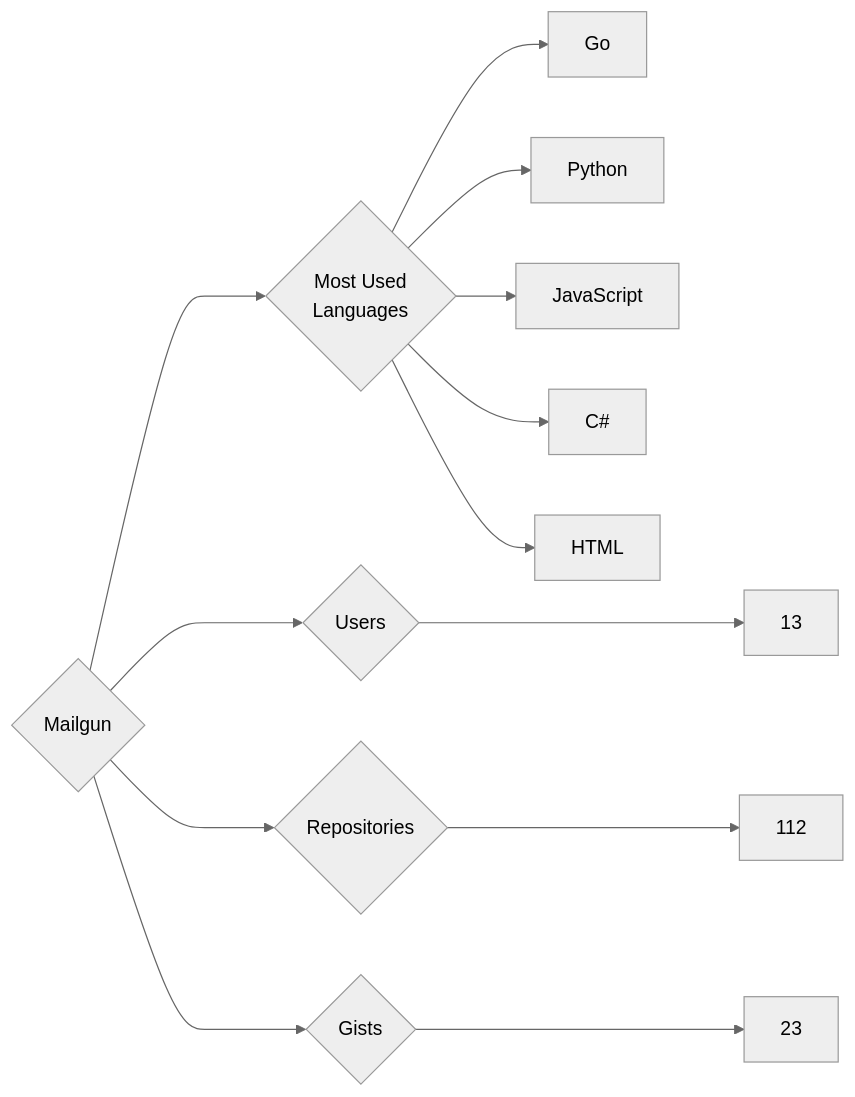
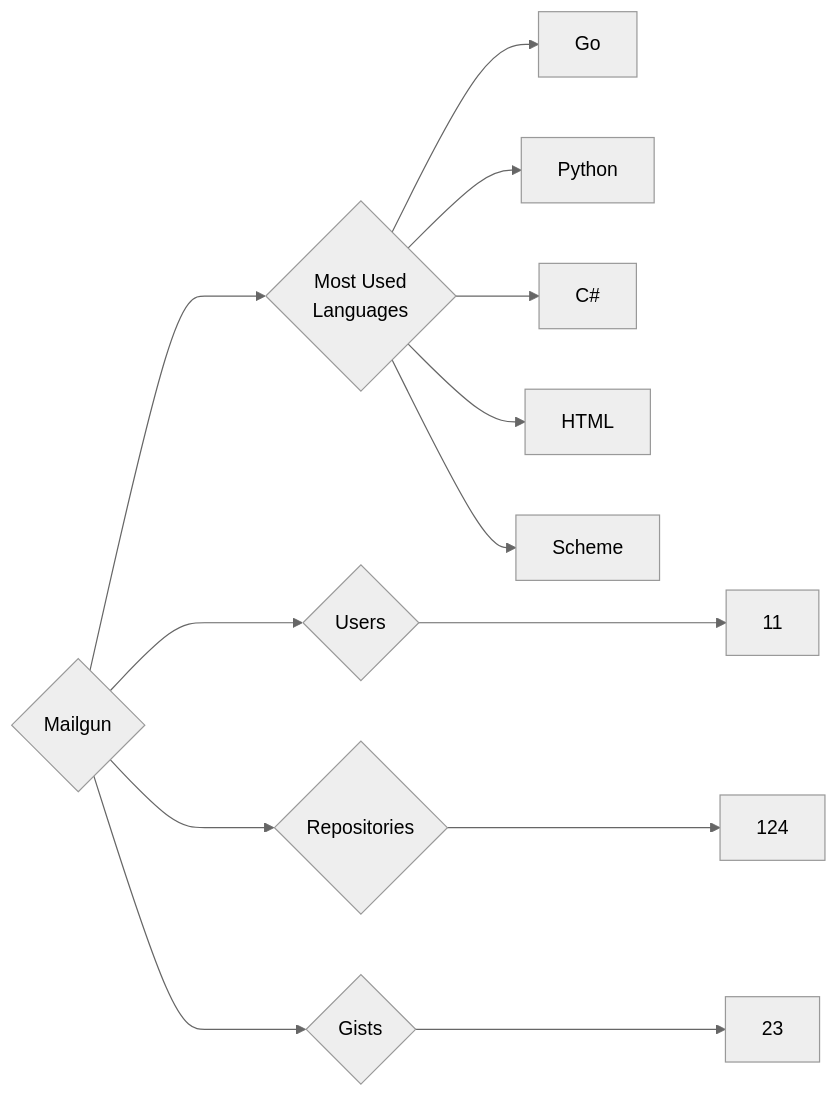
One commit to trickest/insiders changed the diagram in targets/Mailgun/README.md. Above: the diagram before and after it, drawn with Mermaid (neutral theme). The commit also changed 870 other files, not shown here.

````diff
--- a/targets/Mailgun/README.md
+++ b/targets/Mailgun/README.md
@@ -3,13 +3,13 @@
 ```mermaid
 graph LR
 COMPANY_NAME{Mailgun}
-COMPANY_NAME ---> U{Users} ---> UN[13]
-COMPANY_NAME ---> R{Repositories} ---> RN[112]
+COMPANY_NAME ---> U{Users} ---> UN[11]
+COMPANY_NAME ---> R{Repositories} ---> RN[124]
 COMPANY_NAME ---> G{Gists} ---> GN[23]
 COMPANY_NAME ---> ML{Most Used<br>Languages}
 ML --> Go[Go]
 ML --> Python[Python]
-ML --> JavaScript[JavaScript]
 ML --> C#[C#]
 ML --> HTML[HTML]
+ML --> Scheme[Scheme]
 ```
````
